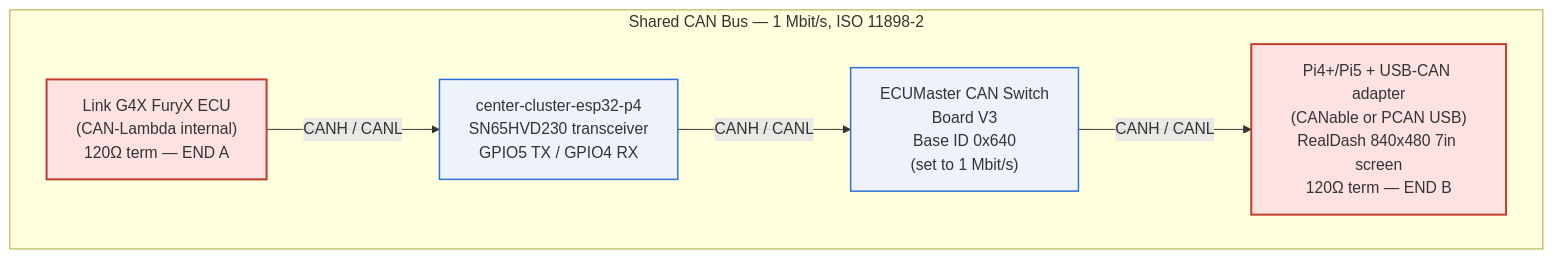
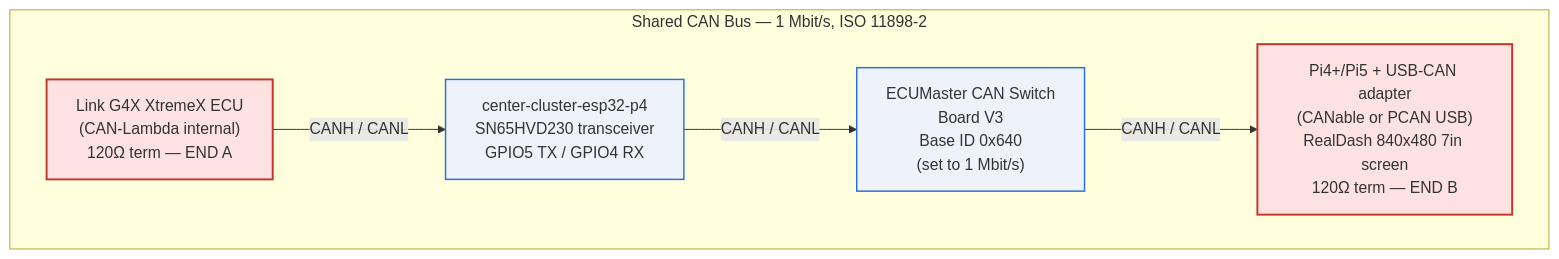
Before and after one commit to living-relation/st185-link-ecu-config: the diagram in WIRING.md, drawn with Mermaid. The commit also changed 17 other files, not shown here.

First line of the commit message:
Reconcile ECU-to-cluster CAN config to source-of-truth HTML

````diff
--- a/WIRING.md
+++ b/WIRING.md
@@ -161,19 +161,19 @@
 ```mermaid
 graph LR
     subgraph BUS["Shared CAN Bus — 1 Mbit/s, ISO 11898-2"]
         direction LR
-        ECU["Link G4X FuryX ECU<br/>(CAN-Lambda internal)<br/>120Ω term — END A"]
+        ECU["Link G4X XtremeX ECU<br/>(CAN-Lambda internal)<br/>120Ω term — END A"]
         CENTER["center-cluster-esp32-p4<br/>SN65HVD230 transceiver<br/>GPIO5 TX / GPIO4 RX"]
         SWB["ECUMaster CAN Switch<br/>Board V3<br/>Base ID 0x640<br/>(set to 1 Mbit/s)"]
         PI5["Pi4+/Pi5 + USB-CAN adapter<br/>(CANable or PCAN USB)<br/>RealDash 840x480 7in screen<br/>120Ω term — END B"]
 
         ECU -- "CANH / CANL" --> CENTER
         CENTER -- "CANH / CANL" --> SWB
         SWB -- "CANH / CANL" --> PI5
     end
 
     classDef term fill:#fde2e1,stroke:#c0392b,stroke-width:2px;
     classDef node fill:#eef3fb,stroke:#2a6fdb,stroke-width:1.5px;
     class ECU,PI5 term;
     class CENTER,SWB node;
 ```
````
